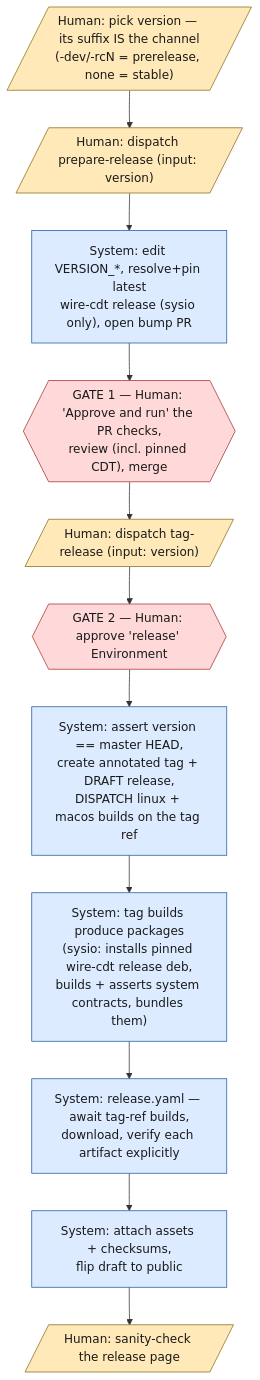
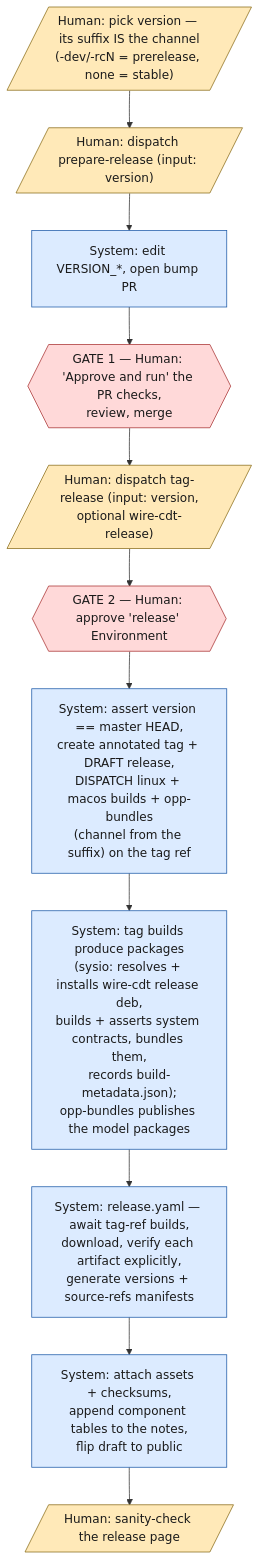
One commit to Wire-Network/wire-sysio changed the diagram in docs/release-workflow.md. Above: the diagram before and after it, drawn with Mermaid. The commit also changed other lines of this file and 12 other files, not shown here.

First line of the commit message:
feat(release): channel-aware OPP bundle publishing + release version manifests (SHARED-14)

````diff
--- a/docs/release-workflow.md
+++ b/docs/release-workflow.md
@@ -104,20 +108,20 @@
 ```mermaid
 flowchart TD
     classDef human fill:#FFE9B8,stroke:#8a6d1a,color:#1a1a1a
     classDef system fill:#DCEBFF,stroke:#1e5aa8,color:#1a1a1a
     classDef gate fill:#FFD9D9,stroke:#a83232,color:#1a1a1a
 
     H1[/"Human: pick version — its suffix IS the channel<br>(-dev/-rcN = prerelease, none = stable)"/]:::human
     H2[/"Human: dispatch prepare-release (input: version)"/]:::human
-    S1["System: edit VERSION_*, resolve+pin latest<br>wire-cdt release (sysio only), open bump PR"]:::system
-    G1{{"GATE 1 — Human: 'Approve and run' the PR checks,<br>review (incl. pinned CDT), merge"}}:::gate
-    H3[/"Human: dispatch tag-release (input: version)"/]:::human
+    S1["System: edit VERSION_*, open bump PR"]:::system
+    G1{{"GATE 1 — Human: 'Approve and run' the PR checks,<br>review, merge"}}:::gate
+    H3[/"Human: dispatch tag-release (input: version,<br>optional wire-cdt-release)"/]:::human
     G2{{"GATE 2 — Human: approve 'release' Environment"}}:::gate
-    S3["System: assert version == master HEAD,<br>create annotated tag + DRAFT release,<br>DISPATCH linux + macos builds on the tag ref"]:::system
-    S4["System: tag builds produce packages<br>(sysio: installs pinned wire-cdt release deb,<br>builds + asserts system contracts, bundles them)"]:::system
-    S6["System: release.yaml — await tag-ref builds,<br>download, verify each artifact explicitly"]:::system
-    S7["System: attach assets + checksums,<br>flip draft to public"]:::system
+    S3["System: assert version == master HEAD,<br>create annotated tag + DRAFT release,<br>DISPATCH linux + macos builds + opp-bundles<br>(channel from the suffix) on the tag ref"]:::system
+    S4["System: tag builds produce packages<br>(sysio: resolves + installs wire-cdt release deb,<br>builds + asserts system contracts, bundles them,<br>records build-metadata.json);<br>opp-bundles publishes the model packages"]:::system
+    S6["System: release.yaml — await tag-ref builds,<br>download, verify each artifact explicitly,<br>generate versions + source-refs manifests"]:::system
+    S7["System: attach assets + checksums,<br>append component tables to the notes,<br>flip draft to public"]:::system
     H4[/"Human: sanity-check the release page"/]:::human
 
     H1 --> H2 --> S1 --> G1 --> H3 --> G2 --> S3 --> S4 --> S6 --> S7 --> H4
 ```
````
